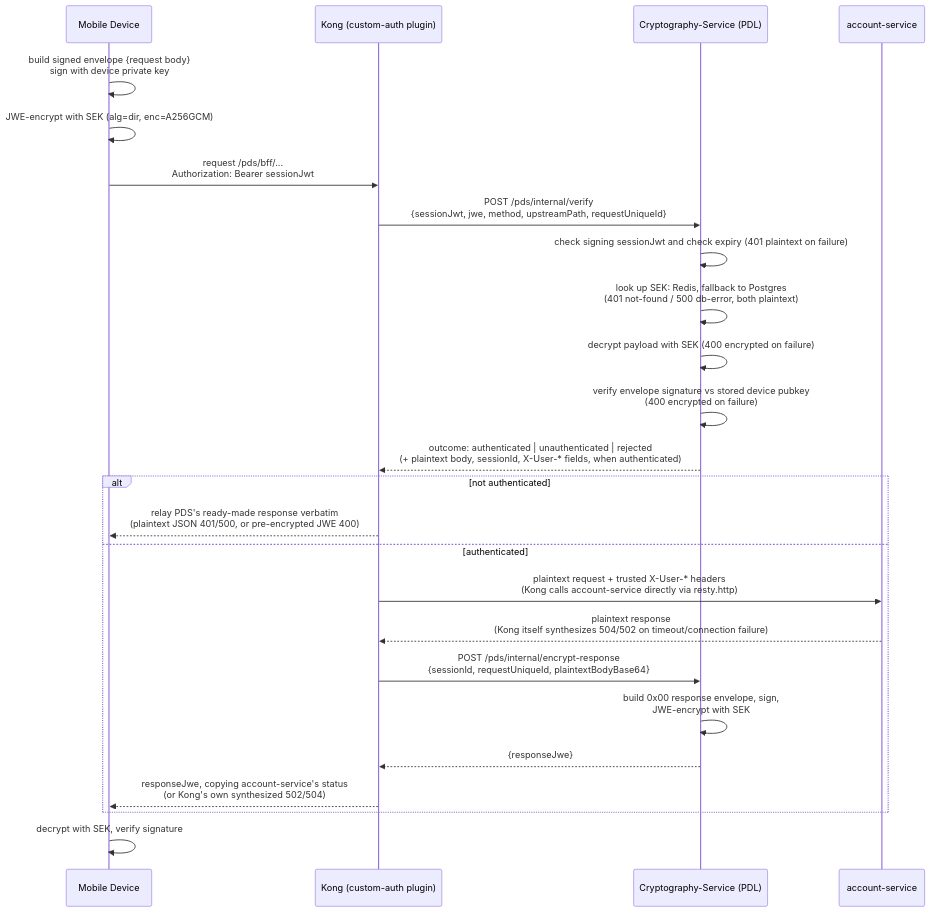
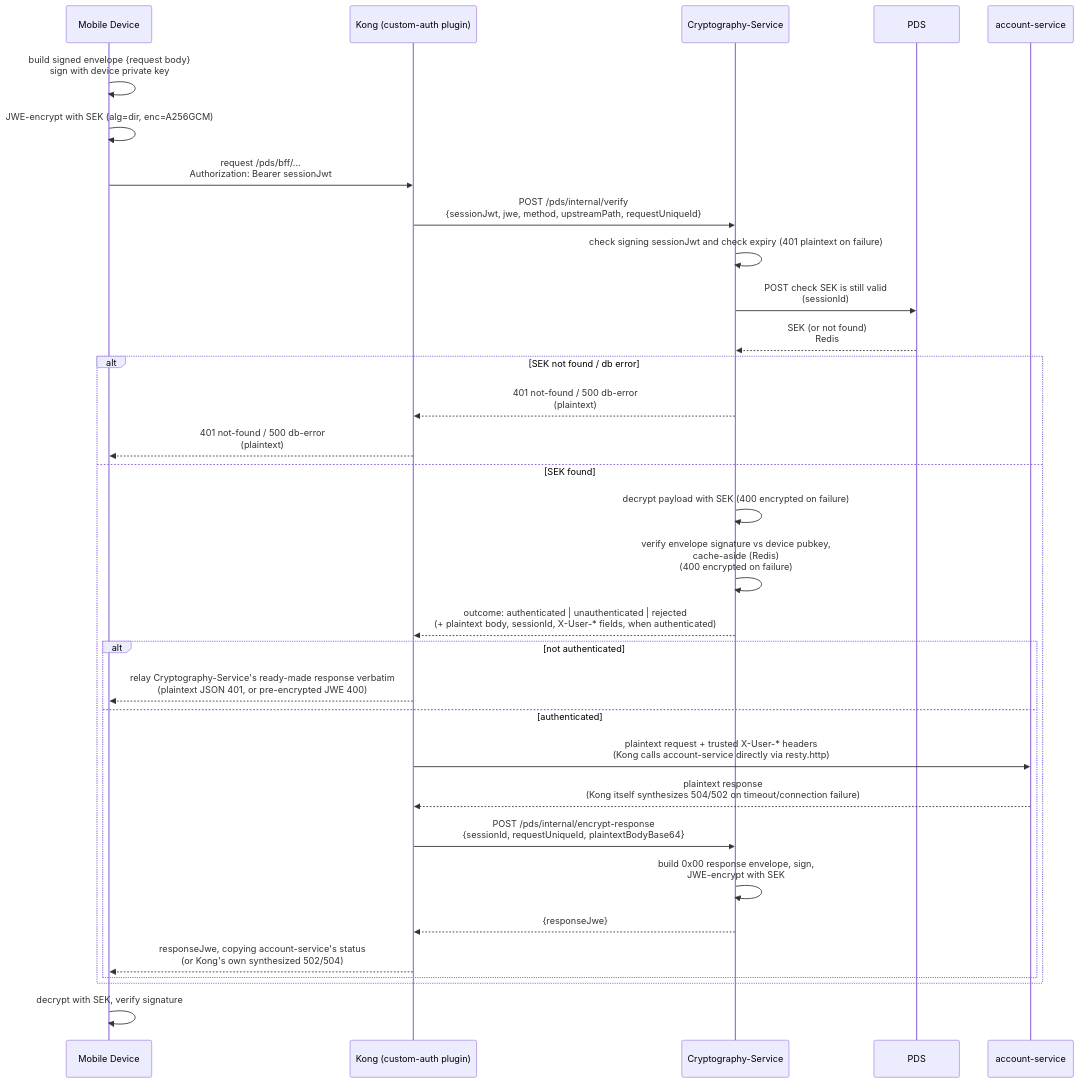
Before and after one commit to PinThapanawat/kong-custom-auth-poc: the second of 3 diagrams in docs/encryption-workflow.md, drawn with Mermaid. The commit also changed other lines of this file and 2 other files, not shown here.

Commit message:
refactor: increase introspection TTL to one hour and update documentation to reflect Cryptography-Service responsibilities.

````diff
--- a/docs/encryption-workflow.md
+++ b/docs/encryption-workflow.md
@@ -79,31 +79,39 @@
 ```mermaid
 sequenceDiagram
     participant Device as Mobile Device
     participant Kong as Kong (custom-auth plugin)
-    participant PDS as Cryptography-Service (PDL)
+    participant Crypto as Cryptography-Service
+    participant PDS as PDS
     participant Account as account-service
 
     Device->>Device: build signed envelope {request body}<br/>sign with device private key
     Device->>Device: JWE-encrypt with SEK (alg=dir, enc=A256GCM)
     Device->>Kong: request /pds/bff/...<br/>Authorization: Bearer sessionJwt
 
-    Kong->>PDS: POST /pds/internal/verify<br/>{sessionJwt, jwe, method, upstreamPath, requestUniqueId}
-    PDS->>PDS: check signing sessionJwt and check expiry  (401 plaintext on failure)
-    PDS->>PDS: look up SEK: Redis, fallback to Postgres<br/>(401 not-found / 500 db-error, both plaintext)
-    PDS->>PDS: decrypt payload with SEK (400 encrypted on failure)
-    PDS->>PDS: verify envelope signature vs stored device pubkey<br/>(400 encrypted on failure)
-    PDS-->>Kong: outcome: authenticated | unauthenticated | rejected<br/>(+ plaintext body, sessionId, X-User-* fields, when authenticated)
+    Kong->>Crypto: POST /pds/internal/verify<br/>{sessionJwt, jwe, method, upstreamPath, requestUniqueId}
+    Crypto->>Crypto: check signing sessionJwt and check expiry  (401 plaintext on failure)
+    Crypto->>PDS: POST check SEK is still valid<br/>(sessionId)
+    PDS-->>Crypto: SEK (or not found)<br/>Redis
 
-    alt not authenticated
-        Kong-->>Device: relay PDS's ready-made response verbatim<br/>(plaintext JSON 401/500, or pre-encrypted JWE 400)
-    else authenticated
-        Kong->>Account: plaintext request + trusted X-User-* headers<br/>(Kong calls account-service directly via resty.http)
-        Account-->>Kong: plaintext response<br/>(Kong itself synthesizes 504/502 on timeout/connection failure)
-        Kong->>PDS: POST /pds/internal/encrypt-response<br/>{sessionId, requestUniqueId, plaintextBodyBase64}
-        PDS->>PDS: build 0x00 response envelope, sign,<br/>JWE-encrypt with SEK
-        PDS-->>Kong: {responseJwe}
-        Kong-->>Device: responseJwe, copying account-service's status<br/>(or Kong's own synthesized 502/504)
+    alt SEK not found / db error
+        Crypto-->>Kong: 401 not-found / 500 db-error<br/>(plaintext)
+        Kong-->>Device: 401 not-found / 500 db-error<br/>(plaintext)
+    else SEK found
+        Crypto->>Crypto: decrypt payload with SEK (400 encrypted on failure)
+        Crypto->>Crypto: verify envelope signature vs device pubkey,<br/>cache-aside (Redis)<br/>(400 encrypted on failure)
+        Crypto-->>Kong: outcome: authenticated | unauthenticated | rejected<br/>(+ plaintext body, sessionId, X-User-* fields, when authenticated)
+
+        alt not authenticated
+            Kong-->>Device: relay Cryptography-Service's ready-made response verbatim<br/>(plaintext JSON 401, or pre-encrypted JWE 400)
+        else authenticated
+            Kong->>Account: plaintext request + trusted X-User-* headers<br/>(Kong calls account-service directly via resty.http)
+            Account-->>Kong: plaintext response<br/>(Kong itself synthesizes 504/502 on timeout/connection failure)
+            Kong->>Crypto: POST /pds/internal/encrypt-response<br/>{sessionId, requestUniqueId, plaintextBodyBase64}
+            Crypto->>Crypto: build 0x00 response envelope, sign,<br/>JWE-encrypt with SEK
+            Crypto-->>Kong: {responseJwe}
+            Kong-->>Device: responseJwe, copying account-service's status<br/>(or Kong's own synthesized 502/504)
+        end
     end
 
     Device->>Device: decrypt with SEK, verify signature
 ```
````
